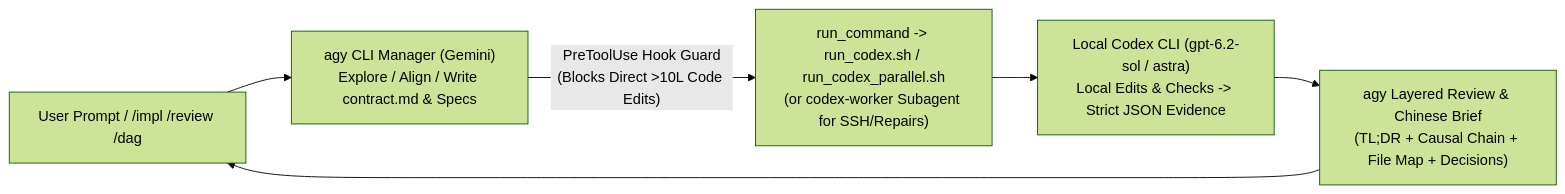
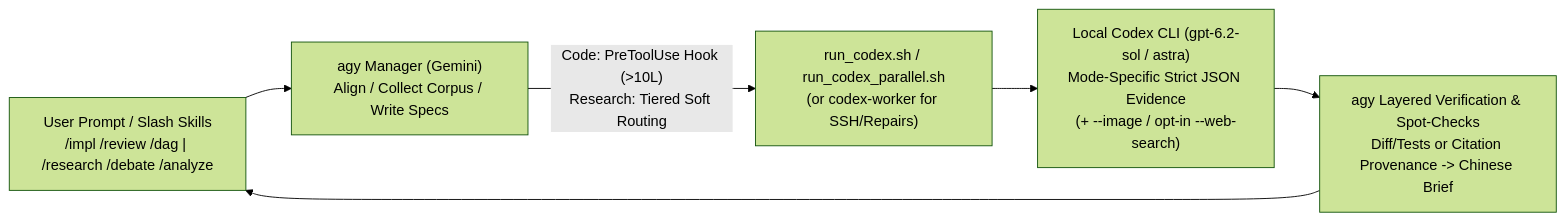
Before and after one commit to yukki555/codex-orchestrator: the diagram in README.md, drawn with Mermaid (forest theme). The commit also changed other lines of this file and 17 other files, not shown here.

Commit message:
feat(agy): upgrade Antigravity CLI edition to v3.0.0 (general-purpose Dual-Brain)

````diff
--- a/README.md
+++ b/README.md
@@ -9,8 +9,8 @@
 ```mermaid
 flowchart LR
-    U["User Prompt / /impl /review /dag"] --> G["agy CLI Manager (Gemini)<br/>Explore / Align / Write contract.md & Specs"]
-    G -- "PreToolUse Hook Guard<br/>(Blocks Direct >10L Code Edits)" --> R["run_command -> run_codex.sh / run_codex_parallel.sh<br/>(or codex-worker Subagent for SSH/Repairs)"]
-    R --> C["Local Codex CLI (gpt-6.2-sol / astra)<br/>Local Edits & Checks -> Strict JSON Evidence"]
-    C --> G2["agy Layered Review & Chinese Brief<br/>(TL;DR + Causal Chain + File Map + Decisions)"]
+    U["User Prompt / Slash Skills\n/impl /review /dag | /research /debate /analyze"] --> G["agy Manager (Gemini)\nAlign / Collect Corpus / Write Specs"]
+    G -- "Code: PreToolUse Hook (>10L)\nResearch: Tiered Soft Routing" --> R["run_codex.sh / run_codex_parallel.sh\n(or codex-worker for SSH/Repairs)"]
+    R --> C["Local Codex CLI (gpt-6.2-sol / astra)\nMode-Specific Strict JSON Evidence\n(+ --image / opt-in --web-search)"]
+    C --> G2["agy Layered Verification & Spot-Checks\nDiff/Tests or Citation Provenance -> Chinese Brief"]
     G2 --> U
 ```
````
